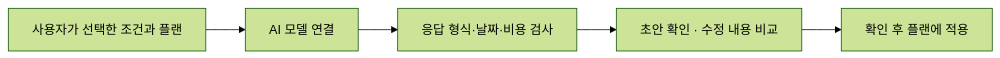
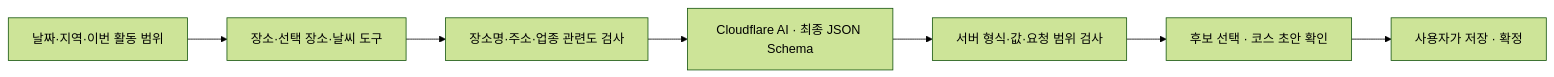
One commit to jhpark-jarvis/we2day changed the second of 2 diagrams in README.md. Above: the diagram before and after it, drawn with Mermaid (forest theme). The commit also changed other lines of this file and 18 other files, not shown here.

````diff
--- a/README.md
+++ b/README.md
@@ -197,7 +198,9 @@
 ```mermaid
 flowchart LR
-  Input["사용자가 선택한 조건과 플랜"] --> Model["AI 모델 연결"]
-  Model --> Check["응답 형식·날짜·비용 검사"]
-  Check --> Preview["초안 확인 · 수정 내용 비교"]
-  Preview --> Apply["확인 후 플랜에 적용"]
+  Input["날짜·지역·이번 활동 범위"] --> Read["장소·선택 장소·날씨 도구"]
+  Read --> Evidence["장소명·주소·업종 관련도 검사"]
+  Evidence --> Model["Cloudflare AI · 최종 JSON Schema"]
+  Model --> Check["서버 형식·값·요청 범위 검사"]
+  Check --> Preview["후보 선택 · 코스 초안 확인"]
+  Preview --> Apply["사용자가 저장 · 확정"]
 ```
````
